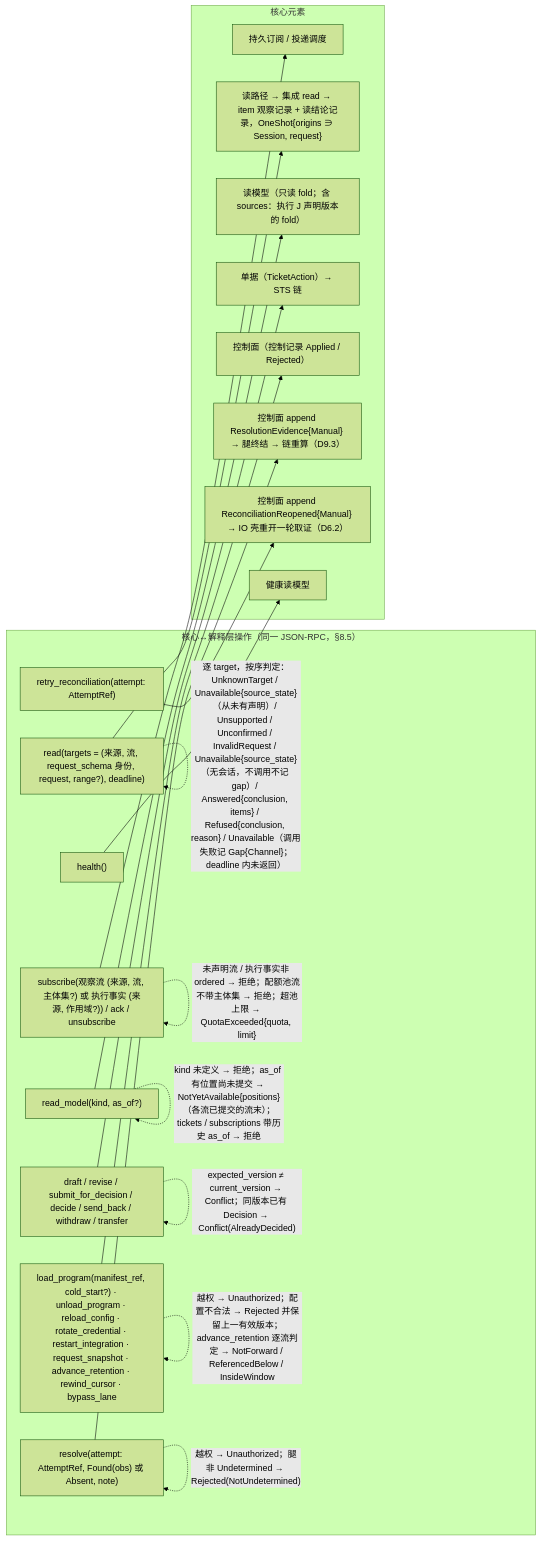
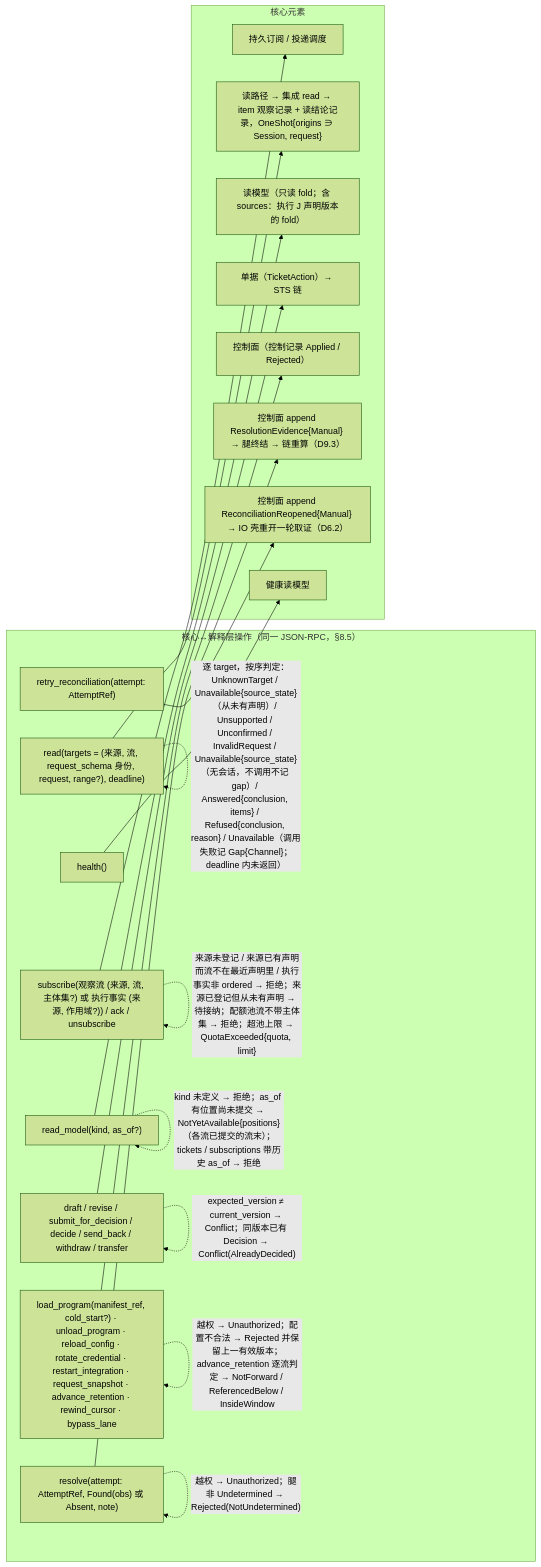
The second of 5 diagrams in design/diagrams/09-alice-session.md (mouriya-s-lab/uta), drawn with Mermaid (forest theme) before and after one commit. The commit also changed other lines of this file and 17 other files, not shown here.

Commit message:
design: fix review contradictions — bypass as lane control record, per-leg blocking-head key, positions per identity, orders completeness only before compaction, readiness/backfill split, uses graph and writer tables, Starting semantics, references

````diff
--- a/design/diagrams/09-alice-session.md
+++ b/design/diagrams/09-alice-session.md
@@ -52,37 +52,37 @@
 ```mermaid
 flowchart LR
   subgraph OPS["核心↔解释层操作（同一 JSON-RPC，§8.5）"]
     S1["subscribe(观察流 (来源, 流, 主体集?) 或 执行事实 (来源, 作用域?)) / ack / unsubscribe"]
     S2["read(targets = (来源, 流, request_schema 身份, request, range?), deadline)"]
     S3["read_model(kind, as_of?)"]
     S4["draft / revise / submit_for_decision / decide / send_back / withdraw / transfer"]
     S5["load_program(manifest_ref, cold_start?) · unload_program · reload_config · rotate_credential · restart_integration · request_snapshot · advance_retention · rewind_cursor · bypass_lane"]
     S6["resolve(attempt: AttemptRef, Found(obs) 或 Absent, note)"]
     S6b["retry_reconciliation(attempt: AttemptRef)"]
     S7["health()"]
   end
   subgraph EL["核心元素"]
     SUB["持久订阅 / 投递调度"]
     RDP["读路径 → 集成 read → item 观察记录 + 读结论记录，OneShot{origins ∋ Session, request}"]
     RM["读模型（只读 fold；含 sources：执行 J 声明版本的 fold）"]
     TK["单据（TicketAction）→ STS 链"]
     CTL["控制面（控制记录 Applied / Rejected）"]
     IOR["控制面 append ResolutionEvidence{Manual} → 腿终结 → 链重算（D9.3）"]
     RRO["控制面 append ReconciliationReopened{Manual} → IO 壳重开一轮取证（D6.2）"]
     HL["健康读模型"]
   end
   S1 --> SUB
   S2 --> RDP
   S3 --> RM
   S4 --> TK
   S5 --> CTL
   S6 --> IOR
   S6b --> RRO
   S7 --> HL
   S2 -.->|"逐 target，按序判定：UnknownTarget / Unavailable{source_state}（从未有声明）/ Unsupported / Unconfirmed / InvalidRequest / Unavailable{source_state}（无会话，不调用不记 gap）/ Answered{conclusion, items} / Refused{conclusion, reason} / Unavailable（调用失败记 Gap{Channel}；deadline 内未返回）"| S2
-  S1 -.->|"未声明流 / 执行事实非 ordered → 拒绝；配额池流不带主体集 → 拒绝；超池上限 → QuotaExceeded{quota, limit}"| S1
+  S1 -.->|"来源未登记 / 来源已有声明而流不在最近声明里 / 执行事实非 ordered → 拒绝；来源已登记但从未有声明 → 待接纳；配额池流不带主体集 → 拒绝；超池上限 → QuotaExceeded{quota, limit}"| S1
   S3 -.->|"kind 未定义 → 拒绝；as_of 有位置尚未提交 → NotYetAvailable{positions}（各流已提交的流末）；tickets / subscriptions 带历史 as_of → 拒绝"| S3
   S4 -.->|"expected_version ≠ current_version → Conflict；同版本已有 Decision → Conflict(AlreadyDecided)"| S4
   S5 -.->|"越权 → Unauthorized；配置不合法 → Rejected 并保留上一有效版本；advance_retention 逐流判定 → NotForward / ReferencedBelow / InsideWindow"| S5
   S6 -.->|"越权 → Unauthorized；腿非 Undetermined → Rejected(NotUndetermined)"| S6
 ```
````
